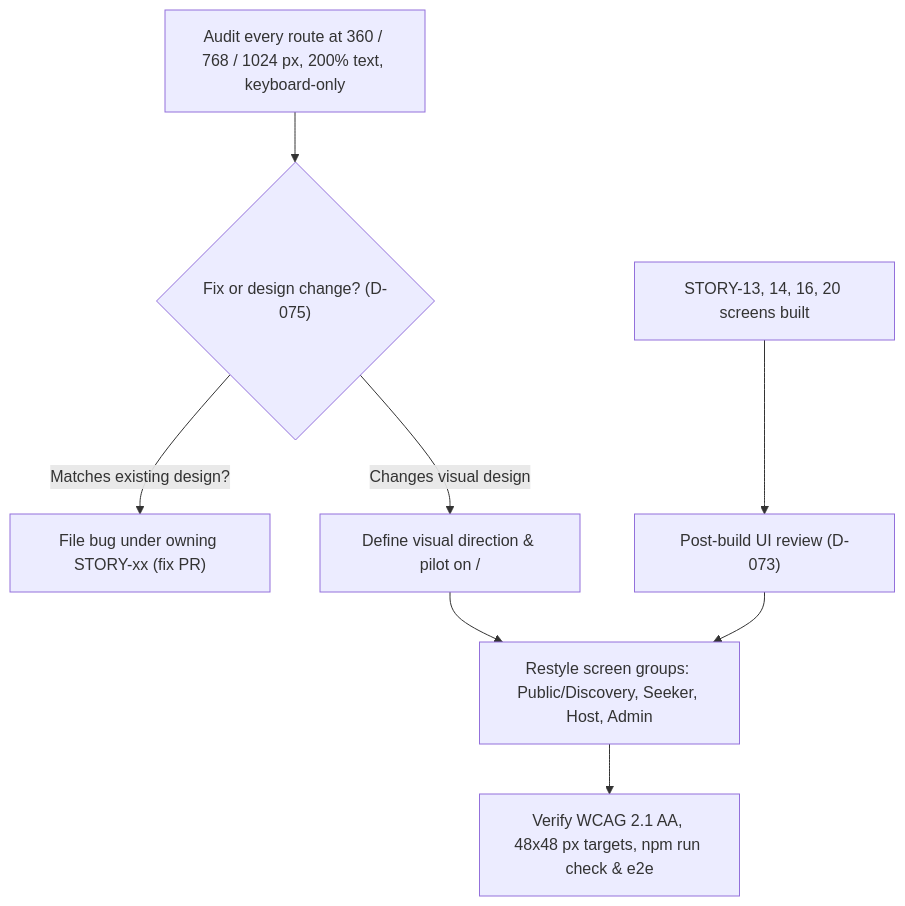
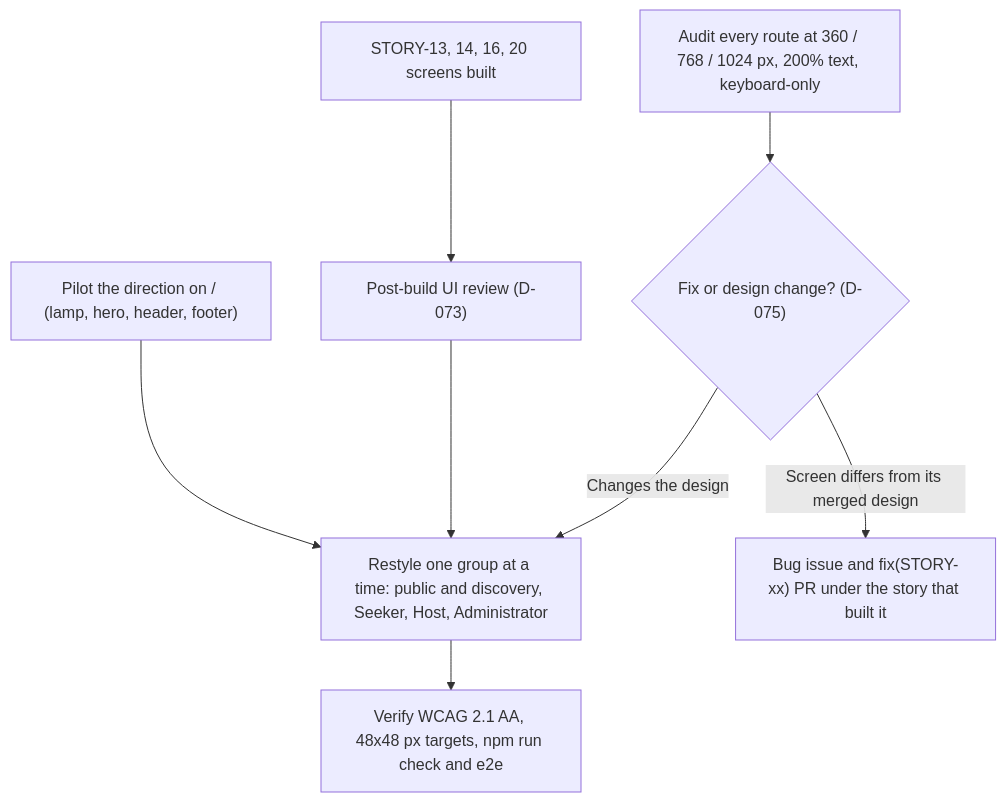
Before and after one commit to dreeyanzz/studyhub: the diagram in docs/design/STORY-17-ui-ux-refresh.md, drawn with Mermaid. The commit also changed other lines of this file, not shown here.

First line of the commit message:
docs(STORY-17): set the lamp's limits and let group notes grow in §3

````diff
--- a/docs/design/STORY-17-ui-ux-refresh.md
+++ b/docs/design/STORY-17-ui-ux-refresh.md
@@ -29,10 +29,10 @@
 ```mermaid
 flowchart TD
+    pilot["Pilot the direction on / (lamp, hero, header, footer)"] --> groups
     audit["Audit every route at 360 / 768 / 1024 px, 200% text, keyboard-only"] --> sort{"Fix or design change? (D-075)"}
-    sort -- "Matches existing design?" --> fix["File bug under owning STORY-xx (fix PR)"]
-    sort -- "Changes visual design" --> direction["Define visual direction & pilot on /"]
-    direction --> groups["Restyle screen groups: Public/Discovery, Seeker, Host, Admin"]
+    sort -- "Screen differs from its merged design" --> fix["Bug issue and fix(STORY-xx) PR under the story that built it"]
+    sort -- "Changes the design" --> groups["Restyle one group at a time: public and discovery, Seeker, Host, Administrator"]
     s3["STORY-13, 14, 16, 20 screens built"] --> review["Post-build UI review (D-073)"]
     review --> groups
-    groups --> verify["Verify WCAG 2.1 AA, 48x48 px targets, npm run check & e2e"]
+    groups --> verify["Verify WCAG 2.1 AA, 48x48 px targets, npm run check and e2e"]
 ```
````
